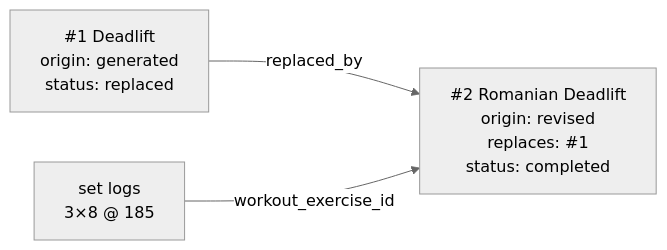
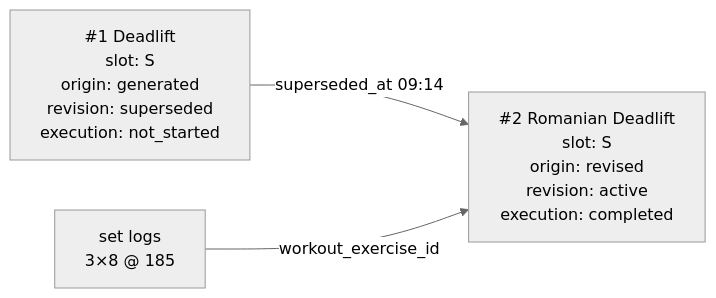
Before and after one commit to theycallme-eric/clear: the second of 2 diagrams in specs/DATA_MODEL.md, drawn with Mermaid (neutral theme). The commit also changed other lines of this file and 2 other files, not shown here.

````diff
--- a/specs/DATA_MODEL.md
+++ b/specs/DATA_MODEL.md
@@ -336,8 +363,8 @@
 ```mermaid
 flowchart LR
-    A["#35;1 Deadlift<br/>origin: generated<br/>status: replaced"]
-    B["#35;2 Romanian Deadlift<br/>origin: revised<br/>replaces: #35;1<br/>status: completed"]
+    A["#35;1 Deadlift<br/>slot: S<br/>origin: generated<br/>revision: superseded<br/>execution: not_started"]
+    B["#35;2 Romanian Deadlift<br/>slot: S<br/>origin: revised<br/>revision: active<br/>execution: completed"]
     L["set logs<br/>3×8 @ 185"]
-    A -->|replaced_by| B
+    A -->|superseded_at 09:14| B
     L -->|workout_exercise_id| B
 ```
````
